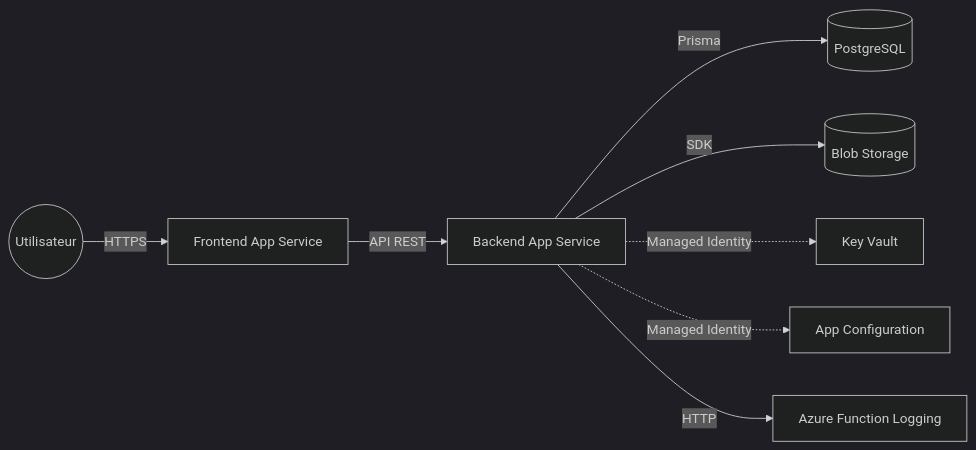
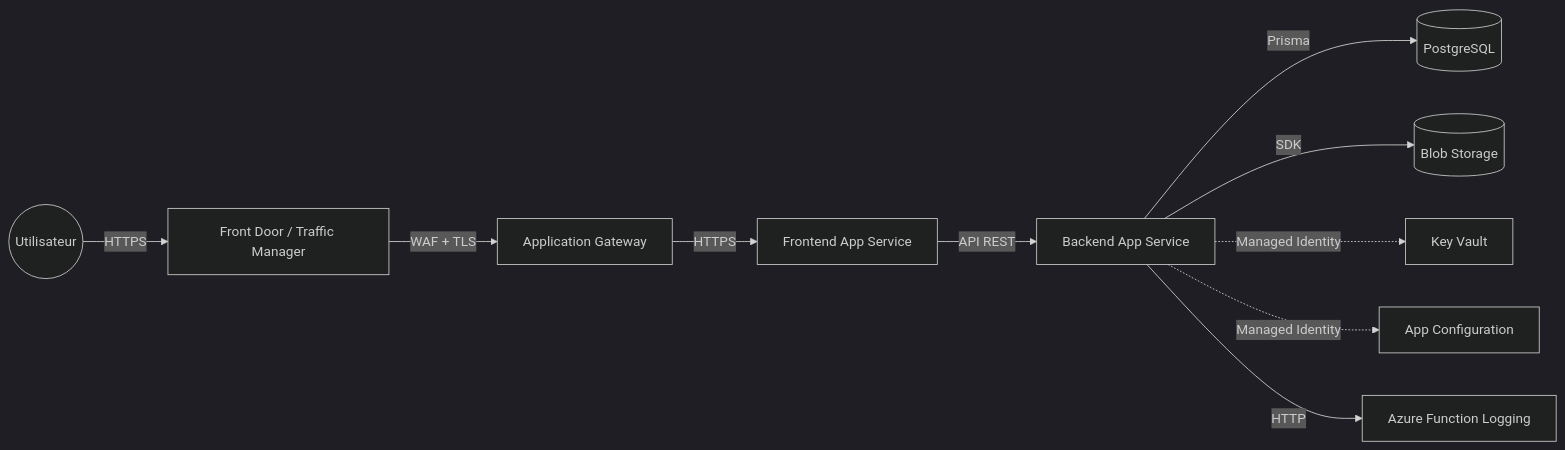
The first of 2 diagrams in slides/slides.md (Zowx/deploiement-appweb-azure), drawn with Mermaid (dark theme) before and after one commit. The commit also changed other lines of this file, not shown here.

````diff
--- a/slides/slides.md
+++ b/slides/slides.md
@@ -122,10 +124,12 @@
 ```mermaid {scale: 0.7}
 flowchart LR
-    U((Utilisateur)) -->|HTTPS| FE[Frontend App Service]
+  U((Utilisateur)) -->|HTTPS| FD[Front Door / Traffic Manager]
+  FD -->|WAF + TLS| AGW[Application Gateway]
+  AGW -->|HTTPS| FE[Frontend App Service]
     FE -->|API REST| BE[Backend App Service]
     BE -->|Prisma| DB[(PostgreSQL)]
     BE -->|SDK| BL[(Blob Storage)]
     BE -.->|Managed Identity| KV[Key Vault]
     BE -.->|Managed Identity| AC[App Configuration]
     BE -->|HTTP| FN[Azure Function Logging]
 ```
````
